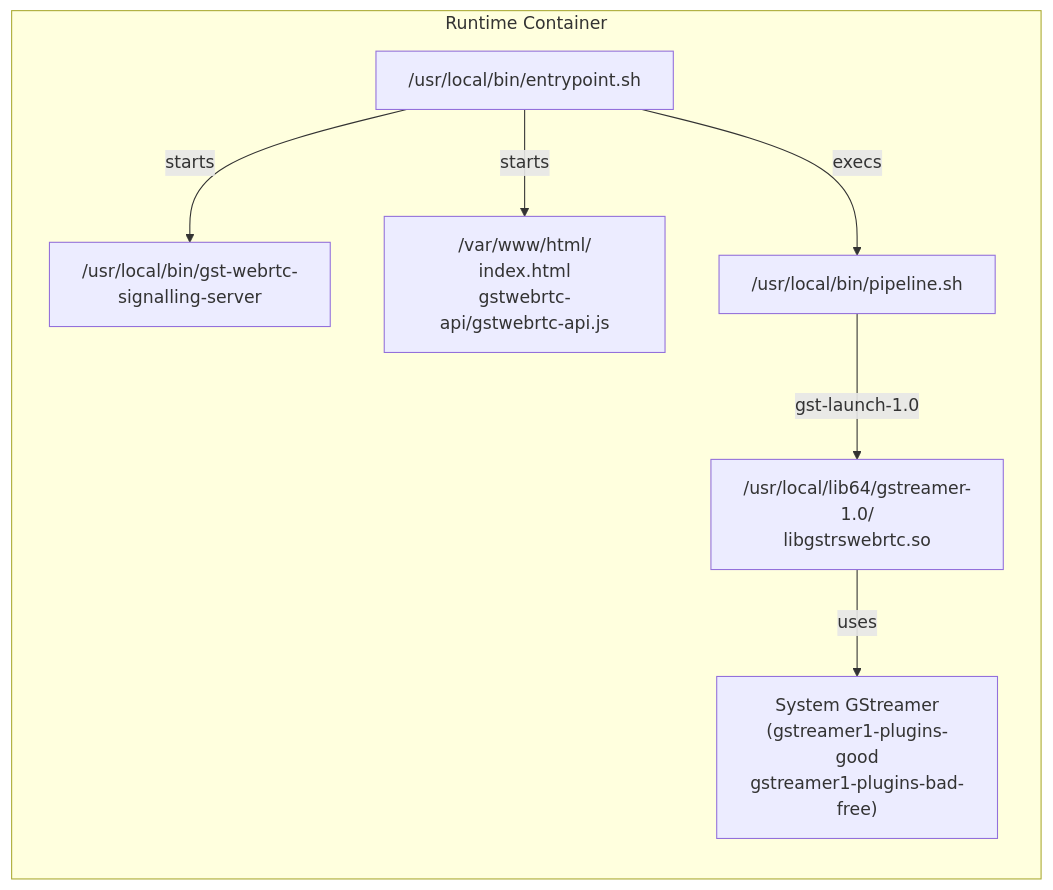
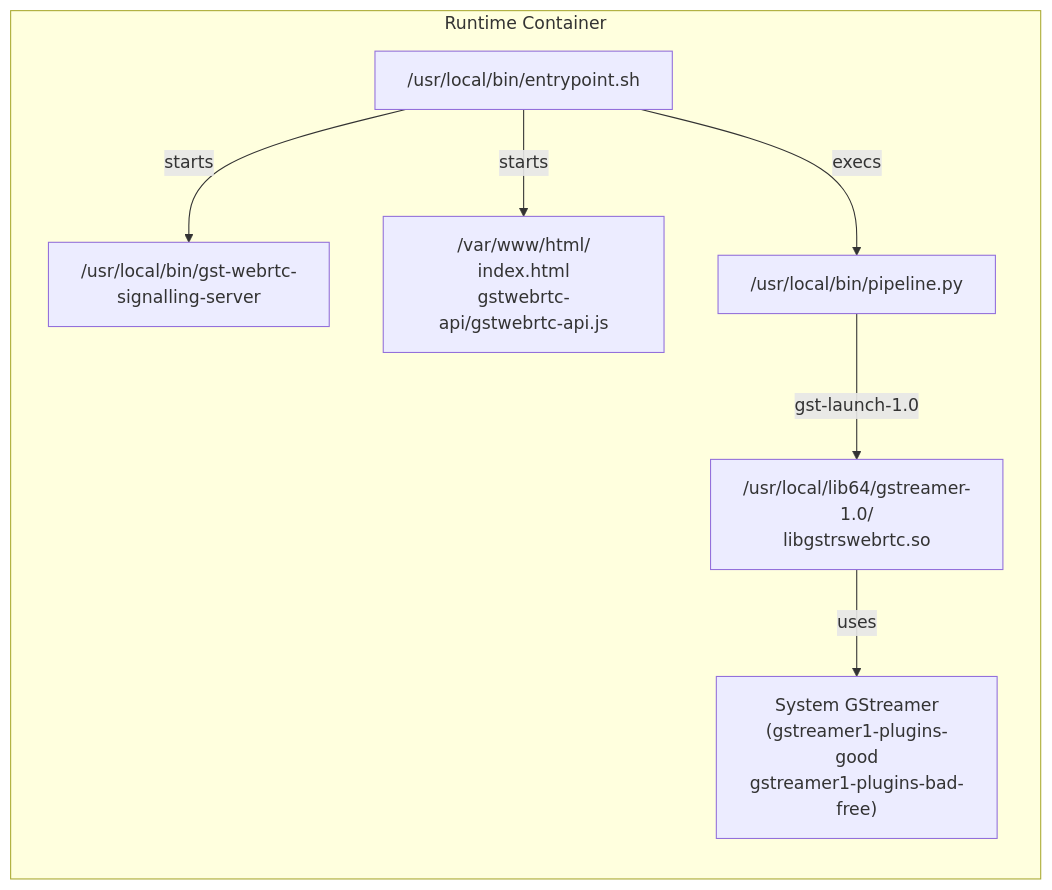
One commit to nhwalker/streamer-test changed the fourth of 7 diagrams in README.md. Above: the diagram before and after it, drawn with Mermaid. The commit also changed other lines of this file and 5 other files, not shown here.

````diff
--- a/README.md
+++ b/README.md
@@ -188,18 +188,18 @@
 ```mermaid
 graph TD
     subgraph runtime["Runtime Container"]
         direction TB
         ep["/usr/local/bin/entrypoint.sh"]
-        pl["/usr/local/bin/pipeline.sh"]
+        pl["/usr/local/bin/pipeline.py"]
         ss["/usr/local/bin/gst-webrtc-signalling-server"]
         plug["/usr/local/lib64/gstreamer-1.0/\nlibgstrswebrtc.so"]
         www["/var/www/html/\nindex.html\ngstwebrtc-api/gstwebrtc-api.js"]
         sys["System GStreamer\n(gstreamer1-plugins-good\ngstreamer1-plugins-bad-free)"]
 
         ep -->|"starts"| ss
         ep -->|"starts"| www
         ep -->|"execs"| pl
         pl -->|"gst-launch-1.0"| plug
         plug -->|"uses"| sys
     end
 ```
````
